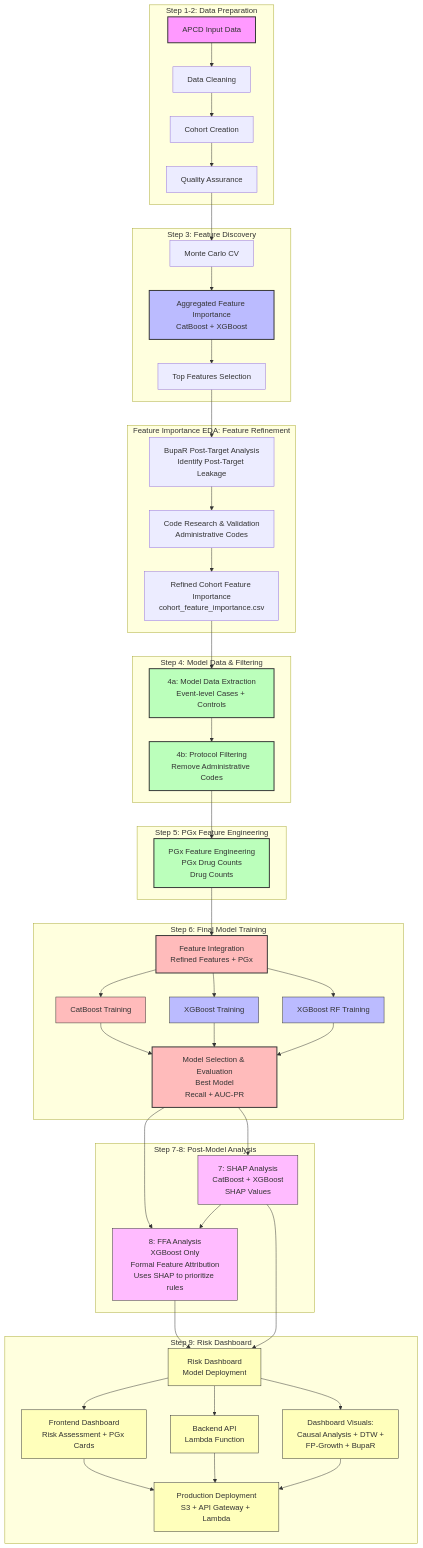
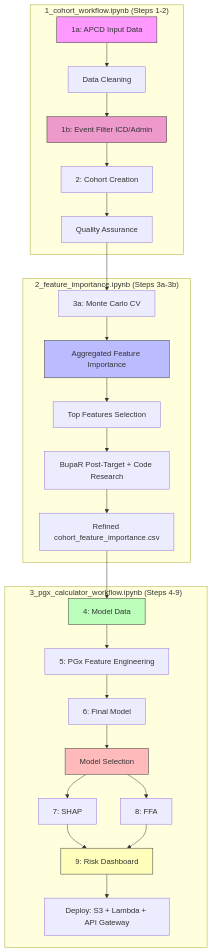
Before and after one commit to Jerome3590/pgx-analysis: the diagram in README.md, drawn with Mermaid. The commit also changed other lines of this file and 248 other files, not shown here.

First line of the commit message:
Final workflow: align docs, folders, and markdown with production pipeline

````diff
--- a/README.md
+++ b/README.md
@@ -111,74 +99,36 @@
 ```mermaid
 flowchart TD
-    subgraph "Step 1-2: Data Preparation"
-        A1[APCD Input Data] --> A2[Data Cleaning]
-        A2 --> A3[Cohort Creation]
+    subgraph W1["1_cohort_workflow.ipynb (Steps 1-2)"]
+        A1[1a: APCD Input Data] --> A2[Data Cleaning]
+        A2 --> A1b[1b: Event Filter ICD/Admin]
+        A1b --> A3[2: Cohort Creation]
         A3 --> A4[Quality Assurance]
     end
-    
-    subgraph "Step 3: Feature Discovery"
-        A4 --> B1[Monte Carlo CV]
-        B1 --> B2[Aggregated Feature Importance<br/>CatBoost + XGBoost]
+
+    subgraph W2["2_feature_importance.ipynb (Steps 3a-3b)"]
+        A4 --> B1[3a: Monte Carlo CV]
+        B1 --> B2[Aggregated Feature Importance]
         B2 --> B3[Top Features Selection]
+        B3 --> B4[BupaR Post-Target + Code Research]
+        B4 --> B6[Refined cohort_feature_importance.csv]
     end
-    
-    subgraph "Feature Importance EDA: Feature Refinement"
-        B3 --> B4[BupaR Post-Target Analysis<br/>Identify Post-Target Leakage]
-        B4 --> B5[Code Research & Validation<br/>Administrative Codes]
-        B5 --> B6[Refined Cohort Feature Importance<br/>cohort_feature_importance.csv]
+
+    subgraph W3["3_pgx_calculator_workflow.ipynb (Steps 4-9)"]
+        B6 --> C1[4: Model Data]
+        C1 --> D1[5: PGx Feature Engineering]
+        D1 --> E1[6: Final Model]
+        E1 --> E4[Model Selection]
+        E4 --> F1[7: SHAP]
+        E4 --> F2[8: FFA]
+        F1 --> G1[9: Risk Dashboard]
+        F2 --> G1
+        G1 --> G5[Deploy: S3 + Lambda + API Gateway]
     end
-    
-    subgraph "Step 4: Model Data & Filtering"
-        B6 --> C1[4a: Model Data Extraction<br/>Event-level Cases + Controls]
-        C1 --> C2[4b: Protocol Filtering<br/>Remove Administrative Codes]
-    end
-    
-    subgraph "Step 5: PGx Feature Engineering"
-        C2 --> D1[PGx Feature Engineering<br/>PGx Drug Counts<br/>Drug Counts]
-    end
-    
-    subgraph "Step 6: Final Model Training"
-        D1 --> E1[Feature Integration<br/>Refined Features + PGx]
-        E1 --> E2[CatBoost Training]
-        E1 --> E3[XGBoost Training]
-        E1 --> E3a[XGBoost RF Training]
-        E2 --> E4[Model Selection & Evaluation<br/>Best Model<br/>Recall + AUC-PR]
-        E3 --> E4
-        E3a --> E4
-    end
-    
-    subgraph "Step 7-8: Post-Model Analysis"
-        E4 --> F1[7: SHAP Analysis<br/>CatBoost + XGBoost<br/>SHAP Values]
-        E4 --> F2[8: FFA Analysis<br/>XGBoost Only<br/>Formal Feature Attribution<br/>Uses SHAP to prioritize rules]
-        F1 --> F2
-    end
-    
-    subgraph "Step 9: Risk Dashboard"
-        F2 --> G1[Risk Dashboard<br/>Model Deployment]
-        F1 --> G1
-        G1 --> G2[Frontend Dashboard<br/>Risk Assessment + PGx Cards]
-        G1 --> G3[Backend API<br/>Lambda Function]
-        G1 --> G4[Dashboard Visuals:<br/>Causal Analysis + DTW +<br/>FP-Growth + BupaR]
-        G2 --> G5[Production Deployment<br/>S3 + API Gateway + Lambda]
-        G3 --> G5
-        G4 --> G5
-    end
-    
-    style A1 fill:#f9f,stroke:#333,stroke-width:2px
-    style B2 fill:#bbf,stroke:#333,stroke-width:2px
-    style C1 fill:#bfb,stroke:#333,stroke-width:2px
-    style C2 fill:#bfb,stroke:#333,stroke-width:2px
-    style D1 fill:#bfb,stroke:#333,stroke-width:2px
-    style E1 fill:#fbb,stroke:#333,stroke-width:2px
-    style E2 fill:#fbb,stroke:#333,stroke-width:2px    %% CatBoost
-    style E3 fill:#bbf,stroke:#333,stroke-width:2px    %% XGBoost
-    style E3a fill:#bbf,stroke:#333,stroke-width:2px   %% XGBoost RF
-    style E4 fill:#fbb,stroke:#333,stroke-width:2px
-    style F1 fill:#fbf,stroke:#333,stroke-width:2px    %% SHAP Analysis
-    style F2 fill:#fbf,stroke:#333,stroke-width:2px    %% FFA Analysis
-    style G1 fill:#ffb,stroke:#333,stroke-width:2px    %% Risk Dashboard
-    style G2 fill:#ffb,stroke:#333,stroke-width:2px    %% Frontend
-    style G3 fill:#ffb,stroke:#333,stroke-width:2px    %% Backend
-    style G4 fill:#ffb,stroke:#333,stroke-width:2px    %% Visualizations
-    style G5 fill:#ffb,stroke:#333,stroke-width:2px    %% Deployment
+
+    style A1 fill:#f9f,stroke:#333
+    style A1b fill:#e9c,stroke:#333
+    style B2 fill:#bbf,stroke:#333
+    style C1 fill:#bfb,stroke:#333
+    style E4 fill:#fbb,stroke:#333
+    style G1 fill:#ffb,stroke:#333
 ```
````
